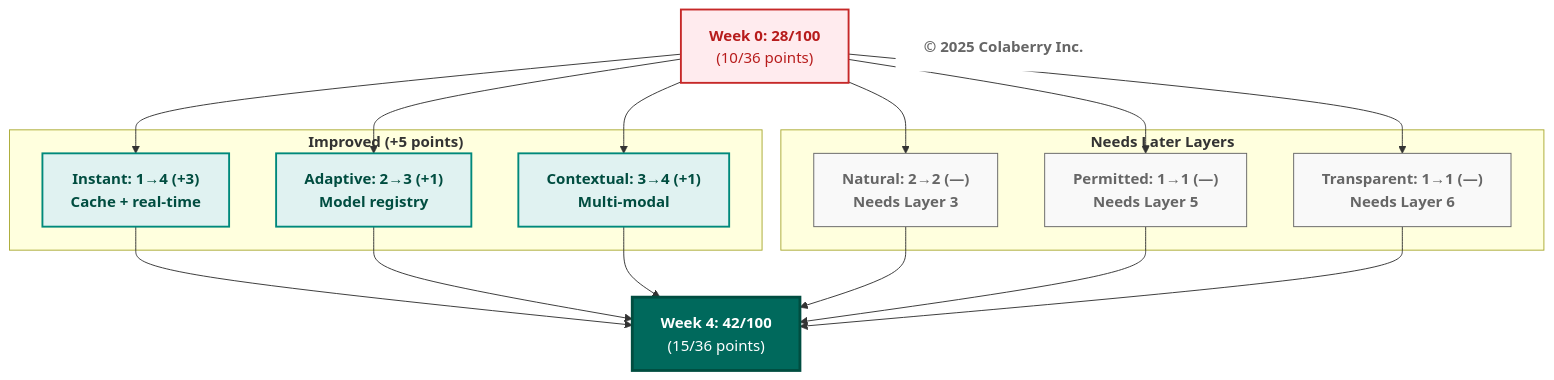
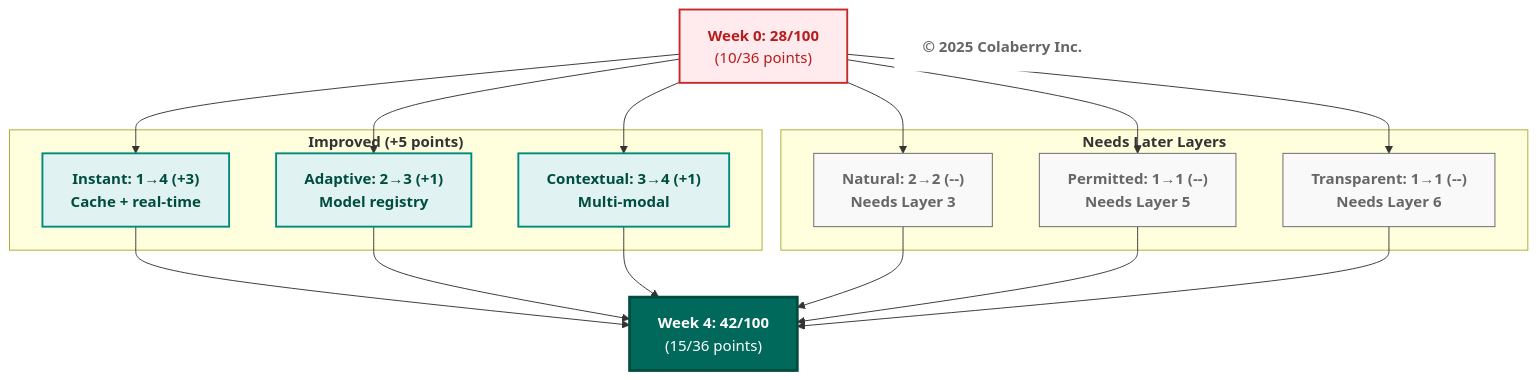
Diagram 11 of 11 in manuscript/05_chapter_4_foundation_layers.md (saitejesh-cyber/trust-before-intelligence-book), drawn with Mermaid before and after one commit. The commit also changed 8 other files, not shown here.

````diff
--- a/manuscript/05_chapter_4_foundation_layers.md
+++ b/manuscript/05_chapter_4_foundation_layers.md
@@ -1068,34 +1068,34 @@
 ```mermaid
 graph TB
     BEFORE["<b>Week 0: 28/100</b><br/>(10/36 points)"]
     AFTER["<b>Week 4: 42/100</b><br/>(15/36 points)"]
     
     subgraph "<b>Improved (+5 points)</b>"
         A1["<b>Instant: 1→4 (+3)</b><br/><b>Cache + real-time</b>"]
         A4["<b>Adaptive: 2→3 (+1)</b><br/><b>Model registry</b>"]
         A5["<b>Contextual: 3→4 (+1)</b><br/><b>Multi-modal</b>"]
     end
     
     subgraph "<b>Needs Later Layers</b>"
-        B2["<b>Natural: 2→2 (—)</b><br/><b>Needs Layer 3</b>"]
-        B3["<b>Permitted: 1→1 (—)</b><br/><b>Needs Layer 5</b>"]
-        B6["<b>Transparent: 1→1 (—)</b><br/><b>Needs Layer 6</b>"]
+        B2["<b>Natural: 2→2 (--)</b><br/><b>Needs Layer 3</b>"]
+        B3["<b>Permitted: 1→1 (--)</b><br/><b>Needs Layer 5</b>"]
+        B6["<b>Transparent: 1→1 (--)</b><br/><b>Needs Layer 6</b>"]
     end
     
     Copyright["<b>© 2025 Colaberry Inc.</b>"]
     
     BEFORE --> A1 & A4 & A5
     BEFORE --> B2 & B3 & B6
     A1 & A4 & A5 --> AFTER
     B2 & B3 & B6 --> AFTER
     
     style BEFORE fill:#ffebee,stroke:#c62828,stroke-width:2px,color:#b71c1c
     style AFTER fill:#00695c,color:#ffffff,stroke:#004d40,stroke-width:3px
     style A1 fill:#e0f2f1,stroke:#00897b,stroke-width:2px,color:#004d40
     style A4 fill:#e0f2f1,stroke:#00897b,stroke-width:2px,color:#004d40
     style A5 fill:#e0f2f1,stroke:#00897b,stroke-width:2px,color:#004d40
     style B2 fill:#f9f9f9,stroke:#666666,stroke-width:1px,color:#666666
     style B3 fill:#f9f9f9,stroke:#666666,stroke-width:1px,color:#666666
     style B6 fill:#f9f9f9,stroke:#666666,stroke-width:1px,color:#666666
     style Copyright fill:#ffffff,stroke:none,color:#666666
 ```
````
